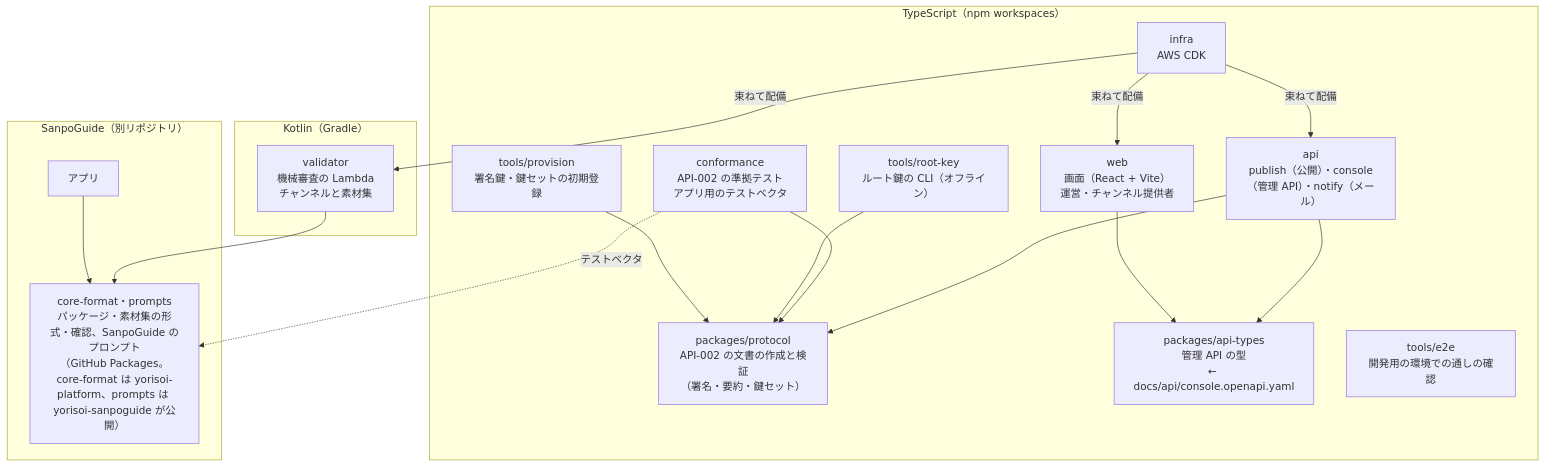
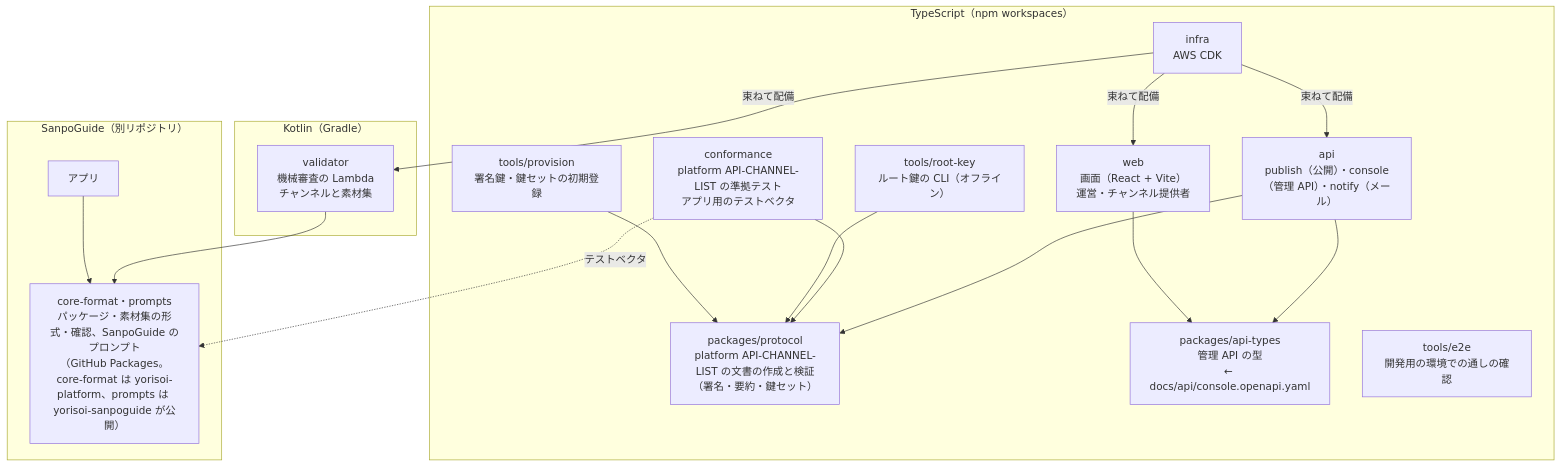
Before and after one commit to duwenji/michizure-console: the second of 7 diagrams in docs/architecture.md, drawn with Mermaid. The commit also changed other lines of this file and 19 other files, not shown here.

````diff
--- a/docs/architecture.md
+++ b/docs/architecture.md
@@ -74,34 +74,34 @@
 ```mermaid
 flowchart TB
   subgraph TS["TypeScript（npm workspaces）"]
-    protocol["packages/protocol<br/>API-002 の文書の作成と検証<br/>（署名・要約・鍵セット）"]
+    protocol["packages/protocol<br/>platform API-CHANNEL-LIST の文書の作成と検証<br/>（署名・要約・鍵セット）"]
     types["packages/api-types<br/>管理 API の型<br/>← docs/api/console.openapi.yaml"]
     api["api<br/>publish（公開）・console（管理 API）・notify（メール）"]
     web["web<br/>画面（React + Vite）<br/>運営・チャンネル提供者"]
     infra["infra<br/>AWS CDK"]
-    conf["conformance<br/>API-002 の準拠テスト<br/>アプリ用のテストベクタ"]
+    conf["conformance<br/>platform API-CHANNEL-LIST の準拠テスト<br/>アプリ用のテストベクタ"]
     rootkey["tools/root-key<br/>ルート鍵の CLI（オフライン）"]
     prov["tools/provision<br/>署名鍵・鍵セットの初期登録"]
     e2e["tools/e2e<br/>開発用の環境での通しの確認"]
   end
   subgraph KT["Kotlin（Gradle）"]
     validator["validator<br/>機械審査の Lambda<br/>チャンネルと素材集"]
   end
   subgraph SG["SanpoGuide（別リポジトリ）"]
     sf["core-format・prompts<br/>パッケージ・素材集の形式・確認、SanpoGuide のプロンプト<br/>（GitHub Packages。core-format は yorisoi-platform、prompts は yorisoi-sanpoguide が公開）"]
     app["アプリ"]
   end
 
   api --> protocol
   api --> types
   web --> types
   conf --> protocol
   rootkey --> protocol
   prov --> protocol
   infra -->|束ねて配備| api
   infra -->|束ねて配備| web
   infra -->|束ねて配備| validator
   validator --> sf
   app --> sf
   conf -. テストベクタ .-> sf
 ```
````
